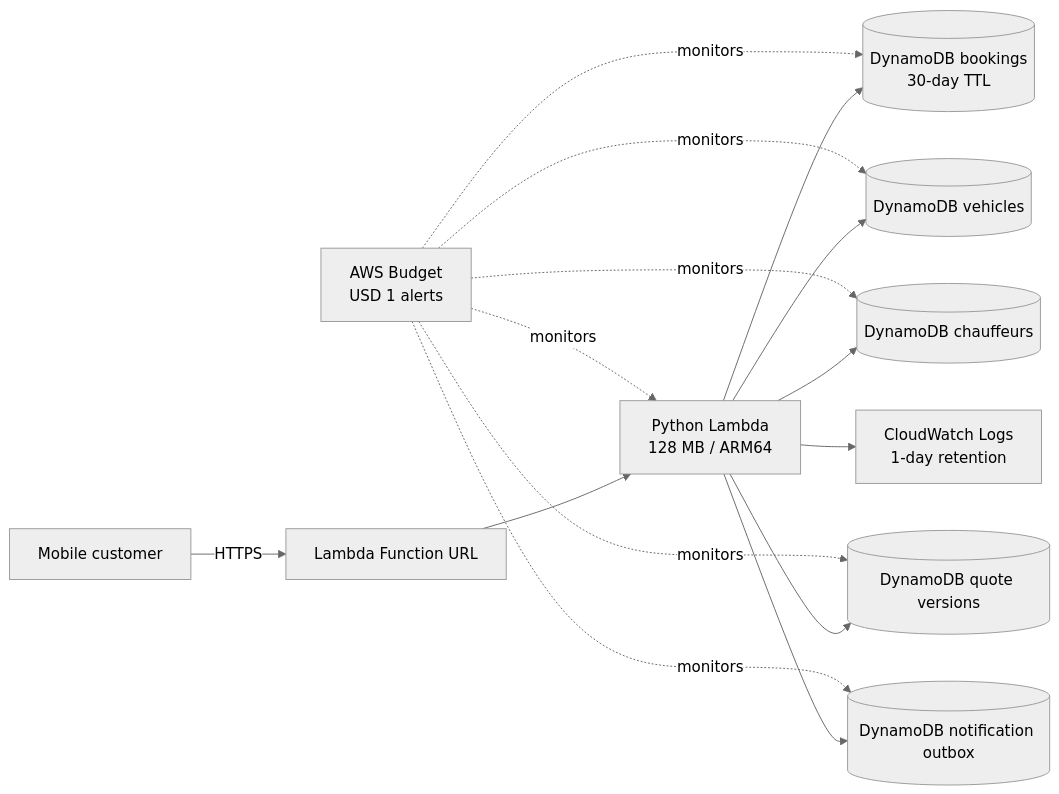
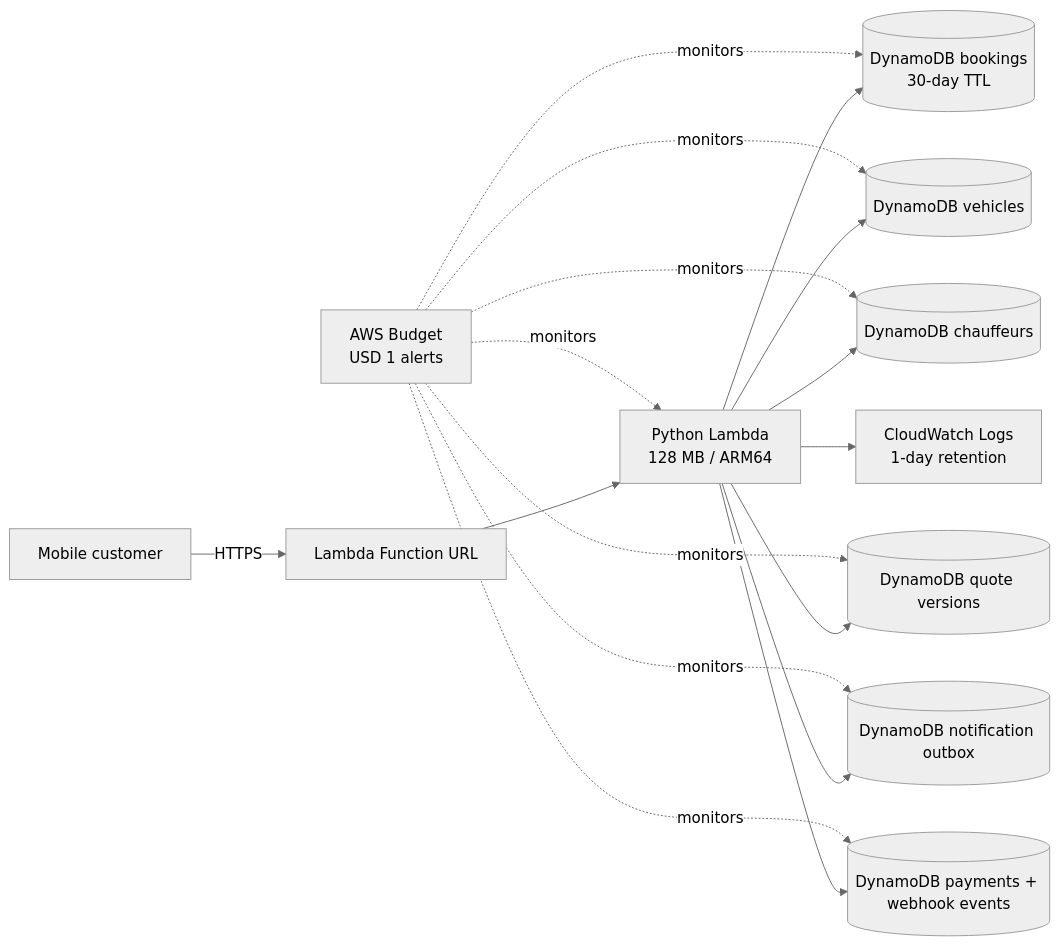
Before and after one commit to ababisoye/car-mobility-platform: the diagram in README.md, drawn with Mermaid (neutral theme). The commit also changed other lines of this file and 7 other files, not shown here.

````diff
--- a/README.md
+++ b/README.md
@@ -26,17 +27,19 @@
 ```mermaid
 flowchart LR
     Customer[Mobile customer] -->|HTTPS| URL[Lambda Function URL]
     URL --> Lambda[Python Lambda<br/>128 MB / ARM64]
     Lambda --> Bookings[(DynamoDB bookings<br/>30-day TTL)]
     Lambda --> Vehicles[(DynamoDB vehicles)]
     Lambda --> Chauffeurs[(DynamoDB chauffeurs)]
     Lambda --> Quotes[(DynamoDB quote versions)]
     Lambda --> Outbox[(DynamoDB notification outbox)]
+    Lambda --> Payments[(DynamoDB payments + webhook events)]
     Lambda --> Logs[CloudWatch Logs<br/>1-day retention]
     Budget[AWS Budget<br/>USD 1 alerts] -. monitors .-> Lambda
     Budget -. monitors .-> Bookings
     Budget -. monitors .-> Vehicles
     Budget -. monitors .-> Chauffeurs
     Budget -. monitors .-> Quotes
     Budget -. monitors .-> Outbox
+    Budget -. monitors .-> Payments
 ```
````
